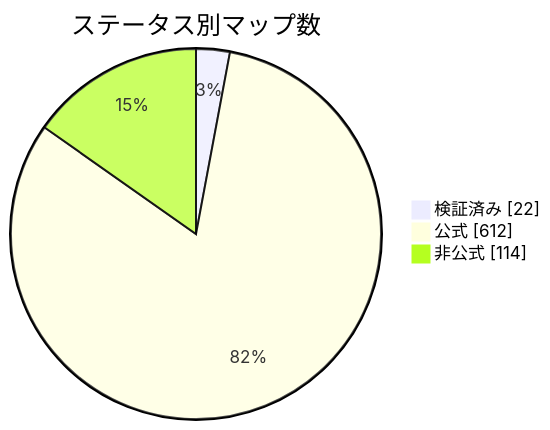
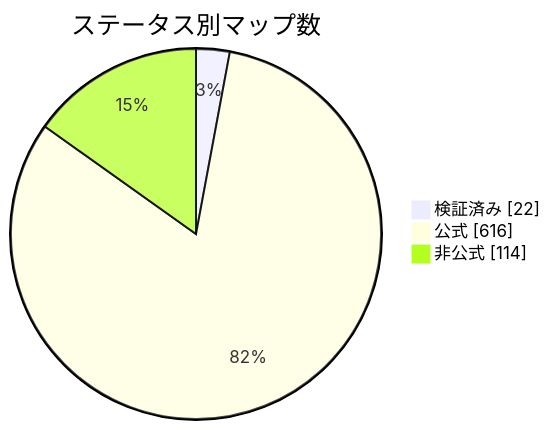
One commit to nobrega8/mbmap-library changed the diagram in docs/readme/README_JP.md. Above: the diagram before and after it, drawn with Mermaid. The commit also changed 9 other files, not shown here.

````diff
--- a/docs/readme/README_JP.md
+++ b/docs/readme/README_JP.md
@@ -54,7 +54,7 @@
 ```mermaid
 pie showData
     title ステータス別マップ数
     "検証済み" : 22
-    "公式" : 612
+    "公式" : 616
     "非公式" : 114
 ```
````
